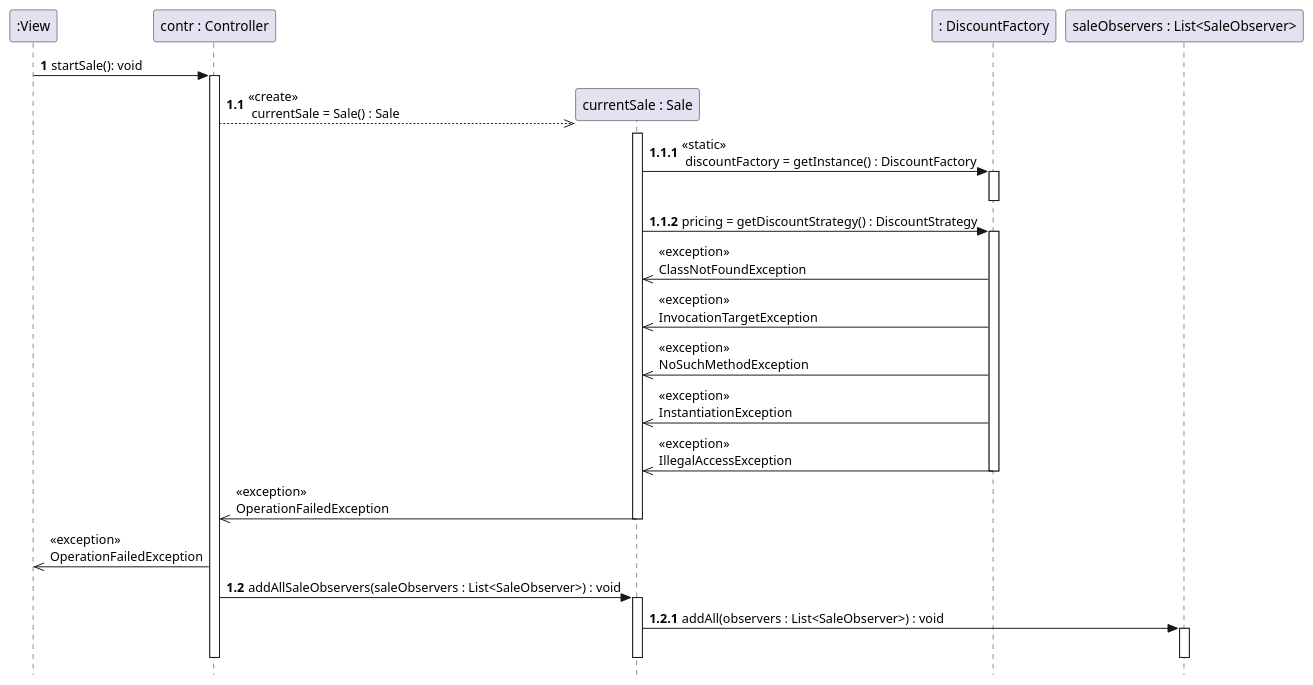
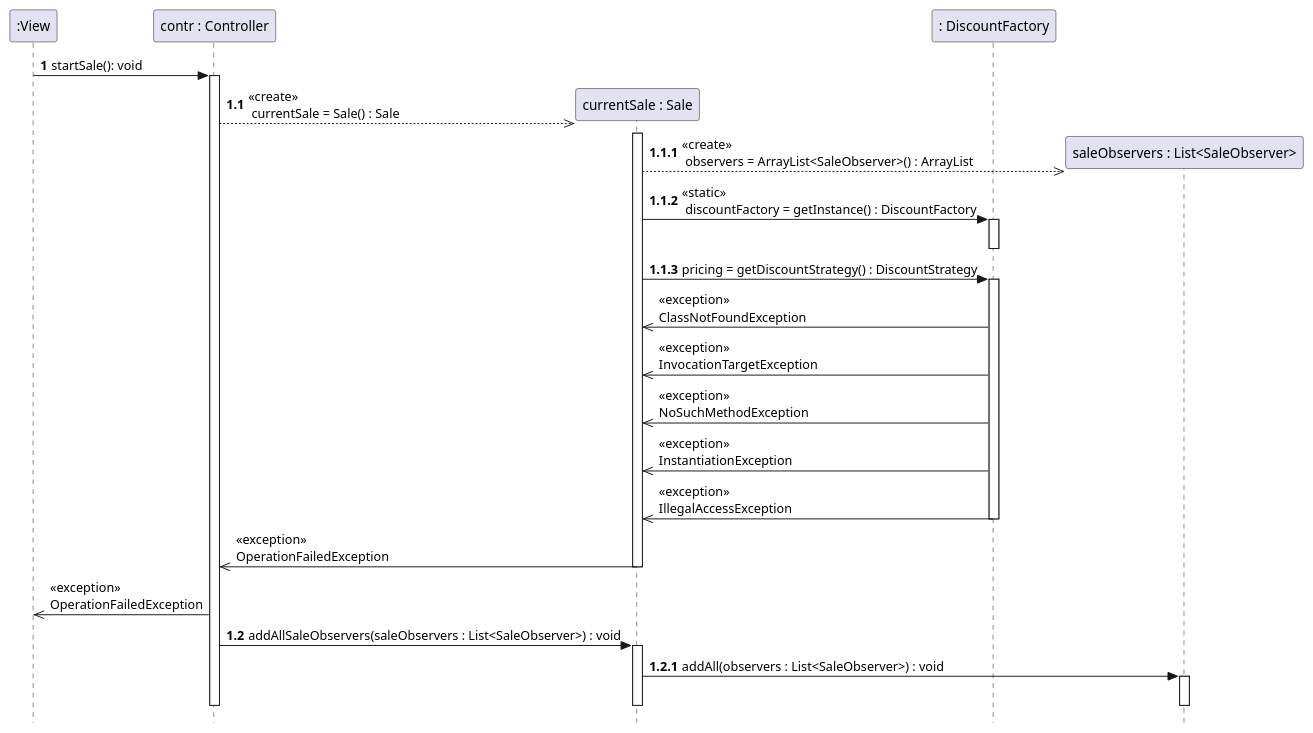
Before and after one commit to VincentFerrigan/kth-iv1350-object-oriented-design: the fourth of 11 diagrams in uml/uml_v3.puml, drawn with PlantUML. The commit also changed other lines of this file, not shown here.

Commit message:
Updated start sale and reg item

```diff
--- a/uml/uml_v3.puml
+++ b/uml/uml_v3.puml
@@ -627,52 +619,56 @@
 @startuml
 skinparam style strictuml
 
 'autoactivate on 'TODO activationbars!!!!!!!
 ' actor user
 hide unlinked
 'title "startSale"
 participant ":View" as View
 participant "contr : Controller" as contr
 participant "currentSale : Sale" as currentSale
 participant ": DiscountFactory" as DiscountFactory
 participant "saleObservers : List<SaleObserver>" as saleObservers
 
 autonumber 1
 View -> contr : startSale(): void
 activate contr
 
 autonumber 1.1
 create currentSale
 contr -[dashed]->> currentSale :  <<create>>\n currentSale = Sale() : Sale
 activate currentSale
 autonumber 1.1.1
+create saleObservers
+currentSale -[dashed]->> saleObservers : <<create>>\n observers = ArrayList<SaleObserver>() : ArrayList
+autonumber 1.1.2
 currentSale -> DiscountFactory : <<static>>\n discountFactory = getInstance() : DiscountFactory
 activate DiscountFactory
 deactivate DiscountFactory
 currentSale -> DiscountFactory : pricing = getDiscountStrategy() : DiscountStrategy
 
 'Hur lägga till brytningen som Leif har i sitt exempel?
+autonumber 1.1.3
 activate DiscountFactory
 autonumber stop
 currentSale <<- DiscountFactory : <<exception>>\nClassNotFoundException
 currentSale <<- DiscountFactory : <<exception>>\nInvocationTargetException
 currentSale <<- DiscountFactory : <<exception>>\nNoSuchMethodException
 currentSale <<- DiscountFactory : <<exception>>\nInstantiationException
 currentSale <<- DiscountFactory : <<exception>>\nIllegalAccessException
 deactivate DiscountFactory
 contr <<- currentSale : <<exception>>\nOperationFailedException
 deactivate currentSale
 View <<- contr : <<exception>>\nOperationFailedException
 autonumber 1.2
 contr -> currentSale : addAllSaleObservers(saleObservers : List<SaleObserver>) : void
 activate currentSale
 autonumber 1.2.1
 currentSale -> saleObservers : addAll(observers : List<SaleObserver>) : void
 activate saleObservers
 deactivate saleObservers
 deactivate currentSale
 
 deactivate contr
 
 autonumber stop
 @enduml
```
